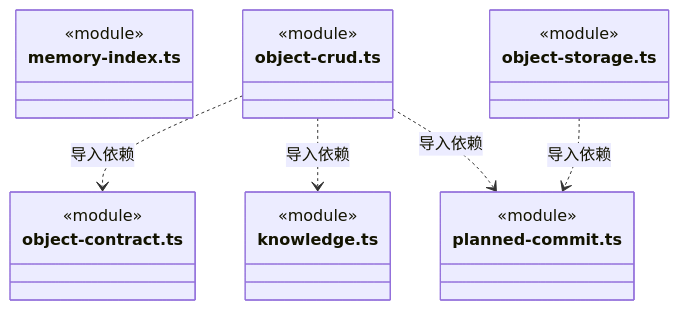
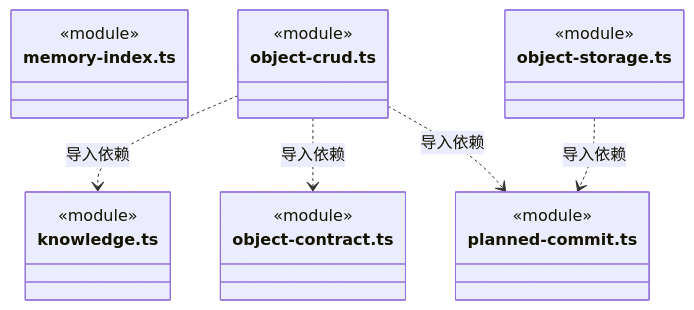
One commit to nan023062/cbim changed the third of 33 diagrams in src/logic/knowledge/rules/ARCHITECTURE.md. Above: the diagram before and after it, drawn with Mermaid. The commit also changed other lines of this file and 112 other files, not shown here.

Commit message:
docs: align source architecture with current declarations and contracts

````diff
--- a/src/logic/knowledge/rules/ARCHITECTURE.md
+++ b/src/logic/knowledge/rules/ARCHITECTURE.md
@@ -248,25 +248,25 @@
 ```mermaid
 classDiagram
 class N_src_logic_knowledge_rules_knowledge_ts["knowledge.ts"] {
   <<module>>
 }
 class N_src_logic_knowledge_rules_memory_index_ts["memory-index.ts"] {
   <<module>>
 }
 class N_src_logic_knowledge_rules_object_contract_ts["object-contract.ts"] {
   <<module>>
 }
 class N_src_logic_knowledge_rules_object_crud_ts["object-crud.ts"] {
   <<module>>
 }
 class N_src_logic_knowledge_rules_object_storage_ts["object-storage.ts"] {
   <<module>>
 }
 class N_src_logic_knowledge_rules_planned_commit_ts["planned-commit.ts"] {
   <<module>>
 }
+N_src_logic_knowledge_rules_object_crud_ts ..> N_src_logic_knowledge_rules_knowledge_ts : 导入依赖
 N_src_logic_knowledge_rules_object_crud_ts ..> N_src_logic_knowledge_rules_object_contract_ts : 导入依赖
-N_src_logic_knowledge_rules_object_crud_ts ..> N_src_logic_knowledge_rules_knowledge_ts : 导入依赖
 N_src_logic_knowledge_rules_object_crud_ts ..> N_src_logic_knowledge_rules_planned_commit_ts : 导入依赖
 N_src_logic_knowledge_rules_object_storage_ts ..> N_src_logic_knowledge_rules_planned_commit_ts : 导入依赖
 ```
````
